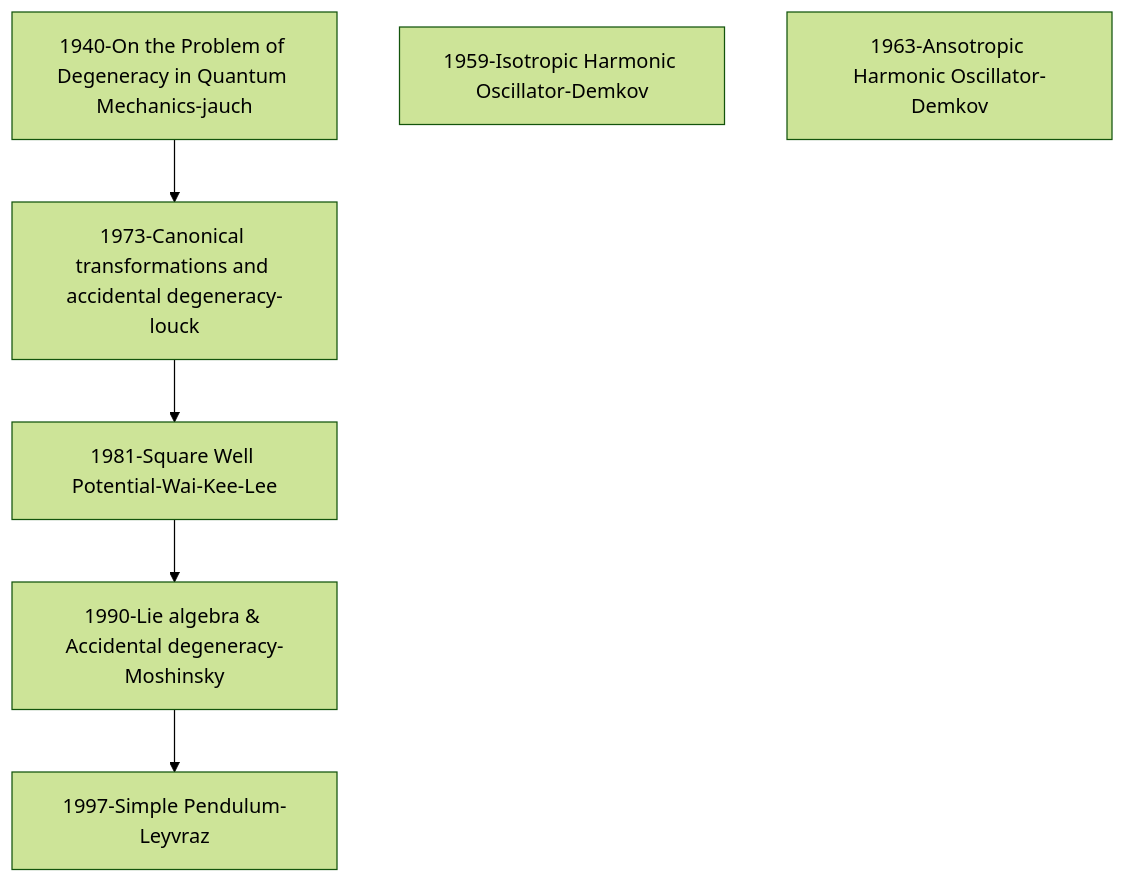
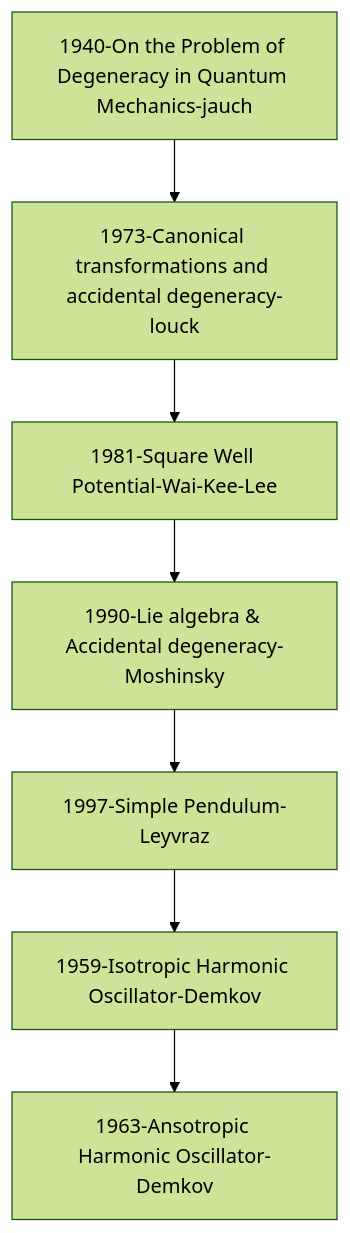
Before and after one commit to rajeshphy/research: the diagram in _posts/2024-08-20-Degeneracy.markdown, drawn with Mermaid (forest theme).

Commit message:
Two more papers added in Degeneracy by Demkov

```diff
--- a/_posts/2024-08-20-Degeneracy.markdown
+++ b/_posts/2024-08-20-Degeneracy.markdown
@@ -10,30 +10,34 @@
 <div class="mermaid">
 graph TD;
 
     A0[1940-On the Problem of Degeneracy in Quantum Mechanics-jauch]
     A[1973-Canonical transformations and accidental degeneracy-louck]
     B[1981-Square Well Potential-Wai-Kee-Lee]
     C[1990-Lie algebra & Accidental degeneracy-Moshinsky]
     D[1997-Simple Pendulum-Leyvraz]
 
     A0 --> A; A --> B; B --> C; C --> D;
 
 
     E1[1959-Isotropic Harmonic Oscillator-Demkov]
     E2[1963-Ansotropic Harmonic Oscillator-Demkov]
+
+    D --> E1;
+
+    E1 --> E2;
 
 
 
 
     click A0 "{{ site.PAPERS-ORG }}/PAPERS-ORG/Degeneracy/1940-jauch.pdf";
     click A "{{ site.PAPERS-ORG }}/PAPERS-ORG/Degeneracy/1973-louck.pdf";
     click B "{{ site.PAPERS-ORG }}/PAPERS-ORG/Degeneracy/1981-Wai-Kee-Lee-Degeneracy-Square-Problem.pdf";
     click C "{{ site.PAPERS-ORG }}/PAPERS-ORG/Degeneracy/1997-Accidental-Degeneracy-Pendulum.pdf";
     click D "{{ site.PAPERS-ORG }}/PAPERS-ORG/Degeneracy/1990-moshinsky.pdf";
 
     click E1 "{{ site.PAPERS-ORG }}/PAPERS-ORG/Degeneracy/1959-DEMKOV-Isotropic.pdf";
     click E2 "{{ site.PAPERS-ORG }}/PAPERS-ORG/Degeneracy/1963-DEMKOV-Anisotropic.pdf";
 
 
 
 </div>
```
